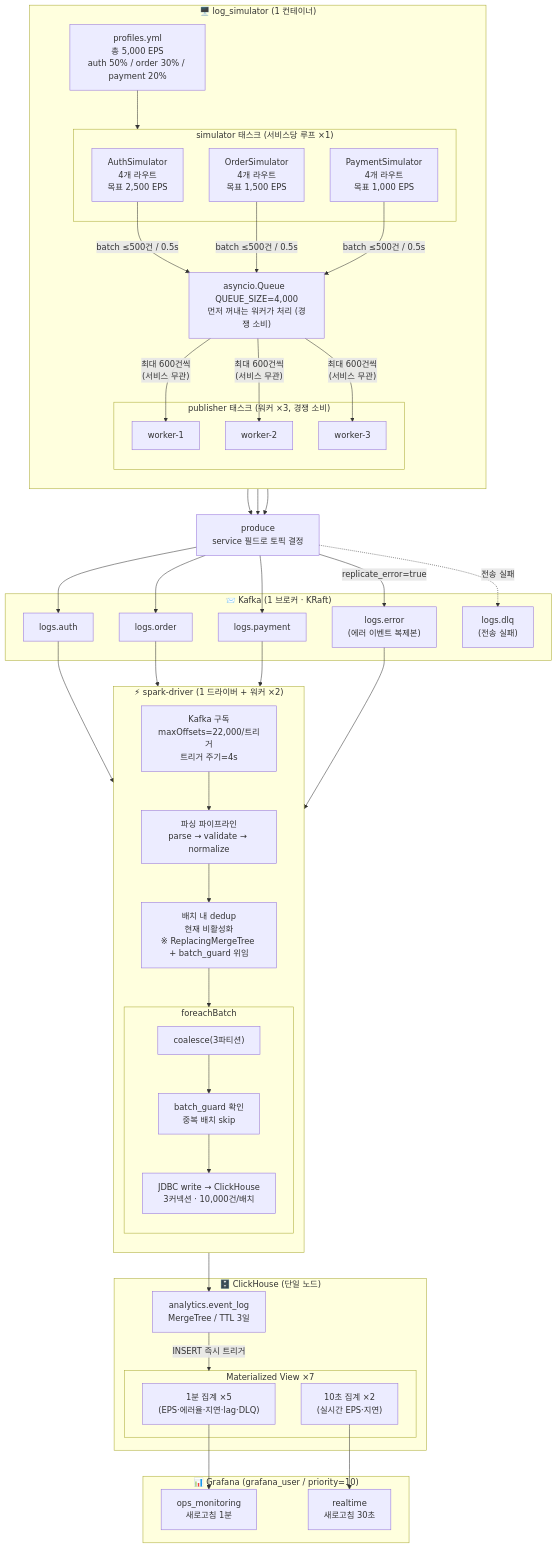
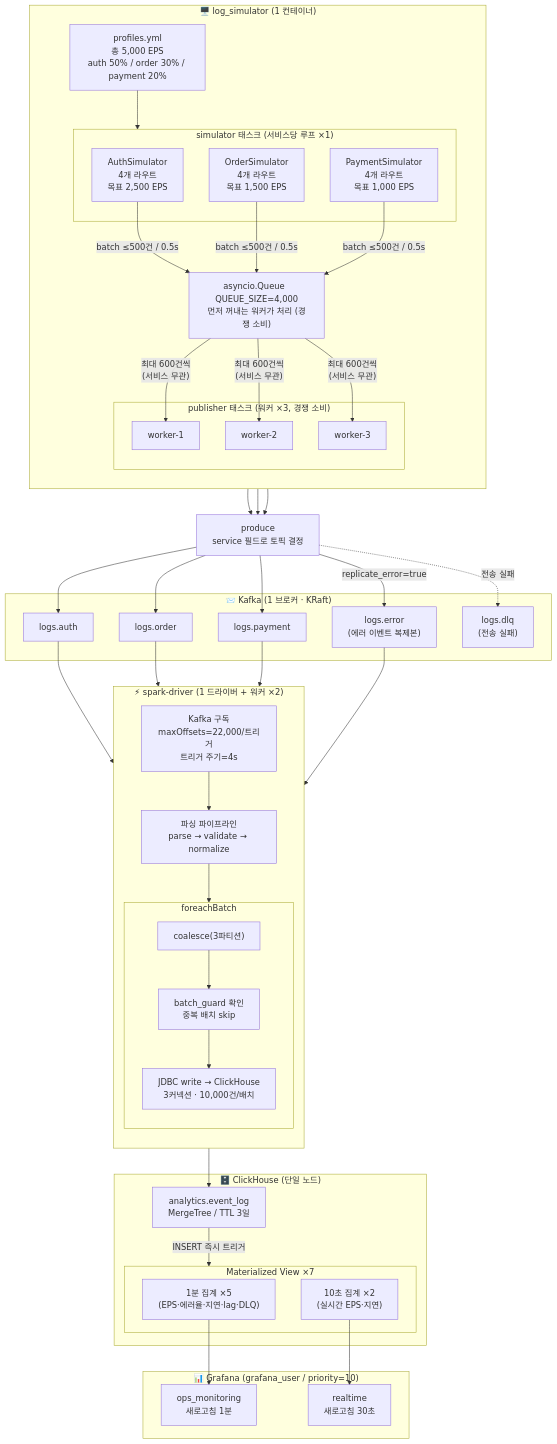
One commit to khangte/log-etlm changed the diagram in docs/e2e_pipeline_flow.md. Above: the diagram before and after it, drawn with Mermaid. The commit also changed other lines of this file and 4 other files, not shown here.

````diff
--- a/docs/e2e_pipeline_flow.md
+++ b/docs/e2e_pipeline_flow.md
@@ -10,77 +10,76 @@
 ```mermaid
 flowchart TD
     subgraph SIM["🖥️ log_simulator  (1 컨테이너)"]
         direction TB
         P["profiles.yml\n총 5,000 EPS\nauth 50% / order 30% / payment 20%"]
 
         subgraph LOOPS["simulator 태스크  (서비스당 루프 ×1)"]
             A["AuthSimulator\n4개 라우트\n목표 2,500 EPS"]
             O["OrderSimulator\n4개 라우트\n목표 1,500 EPS"]
             PY["PaymentSimulator\n4개 라우트\n목표 1,000 EPS"]
         end
 
         Q["asyncio.Queue  QUEUE_SIZE=4,000\n먼저 꺼내는 워커가 처리 (경쟁 소비)"]
 
         subgraph PUB["publisher 태스크  (워커 ×3, 경쟁 소비)"]
             W1["worker-1"]
             W2["worker-2"]
             W3["worker-3"]
         end
 
         P --> LOOPS
         A -->|"batch ≤500건 / 0.5s"| Q
         O -->|"batch ≤500건 / 0.5s"| Q
         PY -->|"batch ≤500건 / 0.5s"| Q
         Q -->|"최대 600건씩\n(서비스 무관)"| W1
         Q -->|"최대 600건씩\n(서비스 무관)"| W2
         Q -->|"최대 600건씩\n(서비스 무관)"| W3
     end
 
     subgraph KAFKA["📨 Kafka  (1 브로커 · KRaft)"]
         T1["logs.auth"]
         T2["logs.order"]
         T3["logs.payment"]
         T4["logs.error\n(에러 이벤트 복제본)"]
         T5["logs.dlq\n(전송 실패)"]
     end
 
     subgraph SPARK["⚡ spark-driver  (1 드라이버 + 워커 ×2)"]
         direction TB
         SUB["Kafka 구독\nmaxOffsets=22,000/트리거\n트리거 주기=4s"]
         PARSE["파싱 파이프라인\nparse → validate → normalize"]
-        DEDUP["배치 내 dedup\n현재 비활성화\n※ ReplacingMergeTree + batch_guard 위임"]
 
         subgraph FB["foreachBatch"]
             COA["coalesce(3파티션)"]
             BG["batch_guard 확인\n중복 배치 skip"]
             JDBC["JDBC write → ClickHouse\n3커넥션 · 10,000건/배치"]
         end
 
-        SUB --> PARSE --> DEDUP --> FB
+        SUB --> PARSE --> FB
         COA --> BG --> JDBC
     end
 
     subgraph CH["🗄️ ClickHouse  (단일 노드)"]
         EL["analytics.event_log\nMergeTree / TTL 3일"]
         subgraph MV["Materialized View ×7"]
             MV1["1분 집계 ×5\n(EPS·에러율·지연·lag·DLQ)"]
             MV2["10초 집계 ×2\n(실시간 EPS·지연)"]
         end
         EL -->|"INSERT 즉시 트리거"| MV
     end
 
     subgraph GF["📊 Grafana  (grafana_user / priority=10)"]
         D1["ops_monitoring\n새로고침 1분"]
         D2["realtime\n새로고침 30초"]
     end
 
     W1 & W2 & W3 --> PROD["produce\nservice 필드로 토픽 결정"]
     PROD --> T1 & T2 & T3
     PROD -->|"replicate_error=true"| T4
     PROD -.->|"전송 실패"| T5
 
     T1 & T2 & T3 & T4 --> SUB
     JDBC --> EL
     MV1 --> D1
     MV2 --> D2
 ```
````
